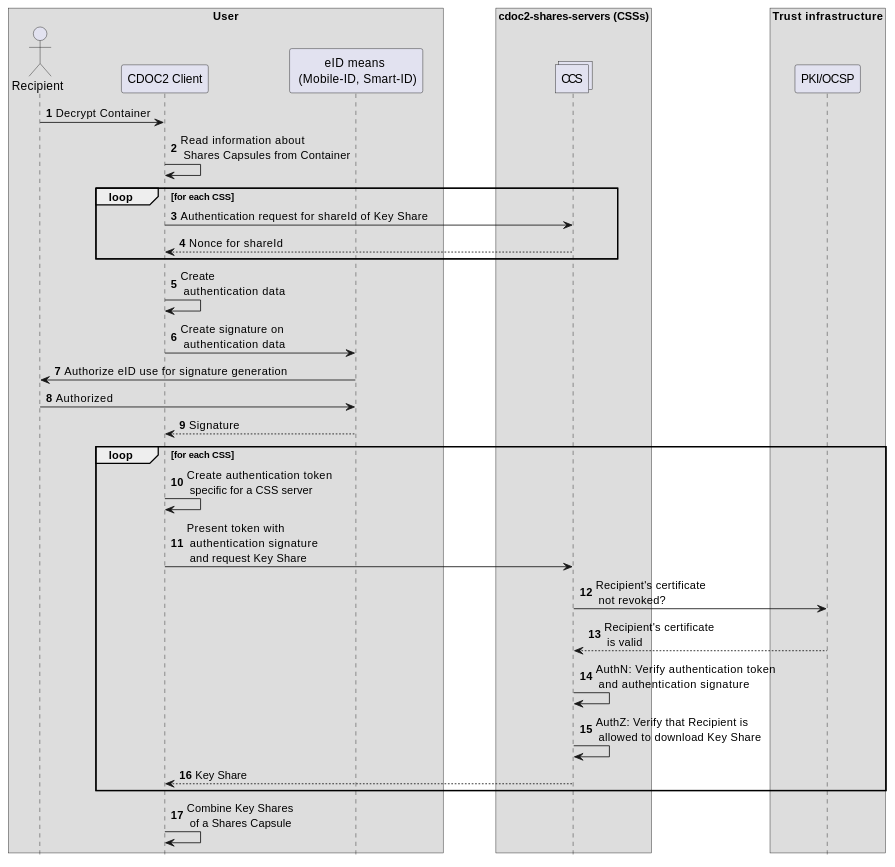
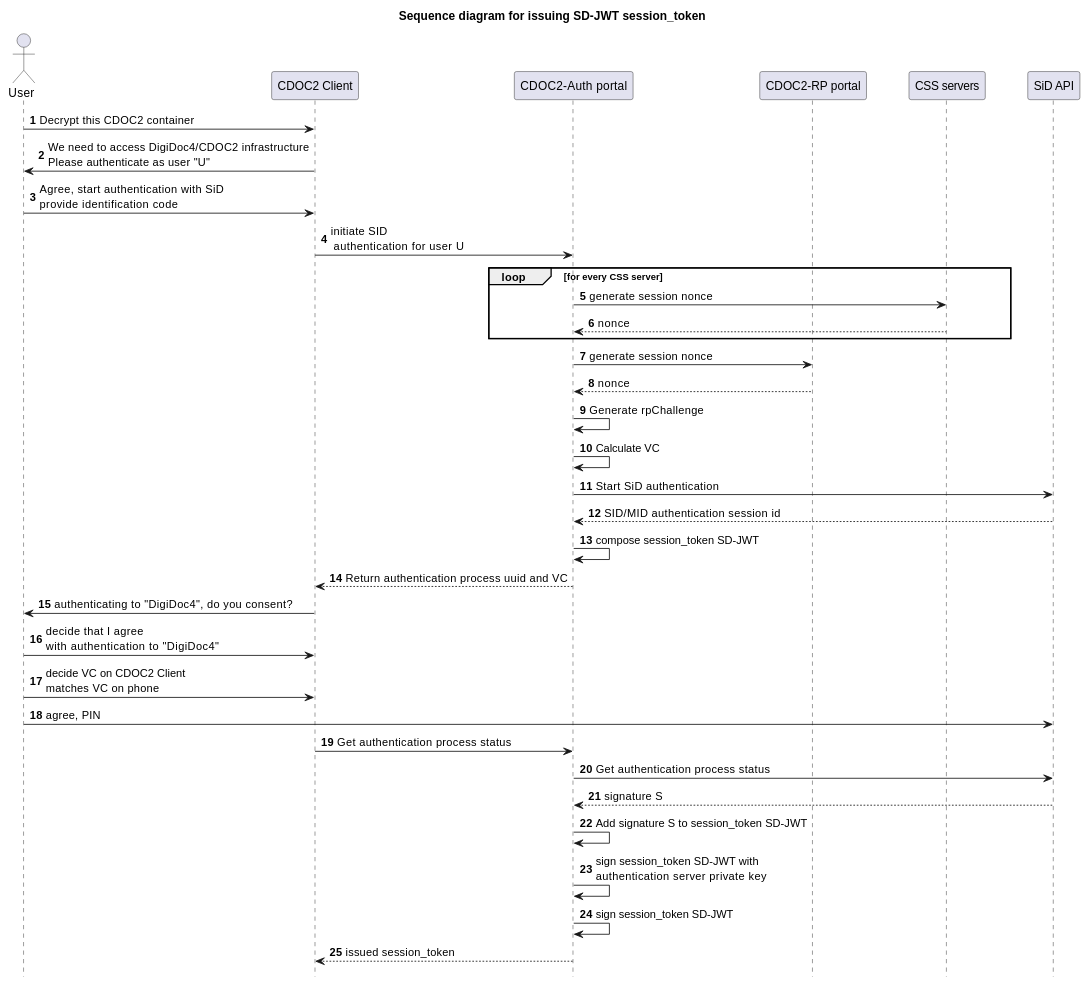
The first of 2 diagrams in cdoc2-system-docs/docs/03_system_architecture/ch06_ID_authentication_protocol.md (open-eid/CDOC2), drawn with PlantUML before and after one commit. The commit also changed other lines of this file and 2 other files, not shown here.

Commit message:
CDOC-151: Update the session and auth token generation sequence qraphs

````diff
--- a/cdoc2-system-docs/docs/03_system_architecture/ch06_ID_authentication_protocol.md
+++ b/cdoc2-system-docs/docs/03_system_architecture/ch06_ID_authentication_protocol.md
@@ -34,44 +36,51 @@
 ```plantuml
 @startuml
 skinparam ParticipantPadding 20
 skinparam BoxPadding 30
 hide footbox
 autonumber
 
-box "User"
-Actor Recipient as R
-participant "CDOC2 Client" as C
-participant "eID means \n (Mobile-ID, Smart-ID)" as A
-end box
+title Sequence diagram for issuing SD-JWT session_token
 
-box "cdoc2-shares-servers (CSSs)"
-collections CCS as S
-end box
+actor User
+participant "CDOC2 Client" as CLIENT
+participant "CDOC2-Auth portal" as AUTH
+participant "CDOC2-RP portal" as CRP
+participant "CSS servers" as CSS
+participant "SiD API" as SID
 
-box "Trust infrastructure"
-participant "PKI/OCSP" as PKI
-end box
+User -> CLIENT : Decrypt this CDOC2 container
+CLIENT -> User : We need to access DigiDoc4/CDOC2 infrastructure\nPlease authenticate as user "U"
 
-R -> C: Decrypt Container
-C -> C: Read information about \n Shares Capsules from Container
-loop for each CSS
-    C -> S: Authentication request for shareId of Key Share
-    S --> C: Nonce for shareId
+User -> CLIENT : Agree, start authentication with SiD \nprovide identification code
+
+CLIENT -> AUTH : initiate SID\n authentication for user U
+
+loop for every CSS server
+    AUTH -> CSS : generate session nonce
+    CSS --> AUTH : nonce
 end
-C -> C: Create \n authentication data
-C -> A: Create signature on \n authentication data
-A -> R: Authorize eID use for signature generation
-R -> A: Authorized
-A --> C: Signature
-loop for each CSS
-    C -> C: Create authentication token \n specific for a CSS server
-    C -> S: Present token with \n authentication signature \n and request Key Share
-    S -> PKI: Recipient's certificate \n not revoked?
-    PKI --> S: Recipient's certificate \n is valid
-    S -> S: AuthN: Verify authentication token \n and authentication signature
-    S -> S: AuthZ: Verify that Recipient is \n allowed to download Key Share
-    S --> C: Key Share
-end
-C -> C: Combine Key Shares \n of a Shares Capsule
+AUTH -> CRP : generate session nonce
+CRP --> AUTH: nonce
+AUTH -> AUTH : Generate rpChallenge
+AUTH -> AUTH : Calculate VC
+AUTH -> SID : Start SiD authentication
+SID --> AUTH : SID/MID authentication session id
+AUTH -> AUTH : compose session_token SD-JWT
+
+AUTH --> CLIENT : Return authentication process uuid and VC
+CLIENT -> User : authenticating to "DigiDoc4", do you consent?
+
+User -> CLIENT : decide that I agree\nwith authentication to "DigiDoc4"
+User -> CLIENT : decide VC on CDOC2 Client\nmatches VC on phone
+User -> SID : agree, PIN
+
+CLIENT -> AUTH : Get authentication process status
+AUTH -> SID : Get authentication process status
+SID --> AUTH : signature S
+AUTH -> AUTH : Add signature S to session_token SD-JWT
+AUTH -> AUTH : sign session_token SD-JWT with \nauthentication server private key
+AUTH -> AUTH : sign session_token SD-JWT
+AUTH --> CLIENT : issued session_token
 @enduml
 ```
````
